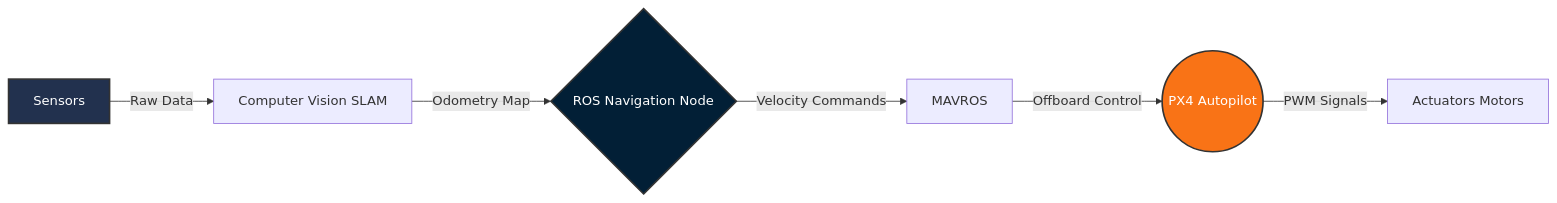
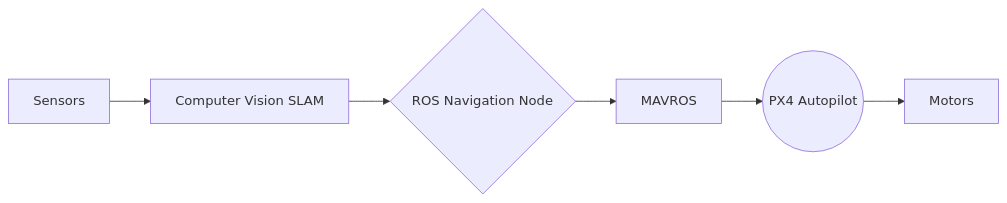
One commit to abdelfatah7/abdelfatah7 changed the first of 2 diagrams in README.md. Above: the diagram before and after it, drawn with Mermaid. The commit also changed other lines of this file, not shown here.

````diff
--- a/README.md
+++ b/README.md
@@ -96,12 +132,8 @@
 ```mermaid
 graph LR
-    A[Sensors] -->|Raw Data| B[Computer Vision SLAM]
-    B -->|Odometry Map| C{ROS Navigation Node}
-    C -->|Velocity Commands| D[MAVROS]
-    D -->|Offboard Control| E((PX4 Autopilot))
-    E -->|PWM Signals| F[Actuators Motors]
-    
-    style A fill:#22314E,color:#fff,stroke:#333,stroke-width:2px
-    style C fill:#021F36,color:#fff,stroke:#333,stroke-width:2px
-    style E fill:#F97316,color:#fff,stroke:#333,stroke-width:2px
+A[Sensors] --> B[Computer Vision SLAM]
+B --> C{ROS Navigation Node}
+C --> D[MAVROS]
+D --> E((PX4 Autopilot))
+E --> F[Motors]
 ```
````
